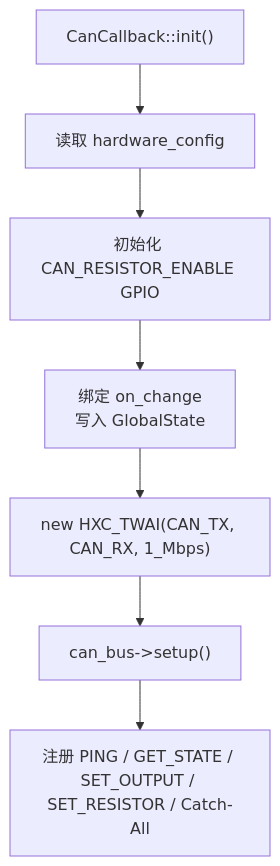
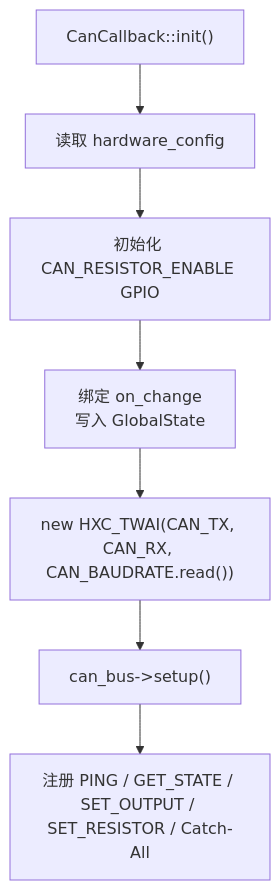
The second of 2 diagrams in components/app/can_callback/README.md (qingmeijiupiao/Wireless_power_meter_lite), drawn with Mermaid before and after one commit. The commit also changed other lines of this file and 16 other files, not shown here.

````diff
--- a/components/app/can_callback/README.md
+++ b/components/app/can_callback/README.md
@@ -40,9 +40,9 @@
 ```mermaid
 flowchart TD
     Init["CanCallback::init()"] --> HW["读取 hardware_config"]
     HW --> Resistor["初始化 CAN_RESISTOR_ENABLE GPIO"]
     Resistor --> StateCb["绑定 on_change<br/>写入 GlobalState"]
-    StateCb --> Bus["new HXC_TWAI(CAN_TX, CAN_RX, 1_Mbps)"]
+    StateCb --> Bus["new HXC_TWAI(CAN_TX, CAN_RX, CAN_BAUDRATE.read())"]
     Bus --> Setup["can_bus->setup()"]
     Setup --> Register["注册 PING / GET_STATE / SET_OUTPUT / SET_RESISTOR / Catch-All"]
 ```
````
